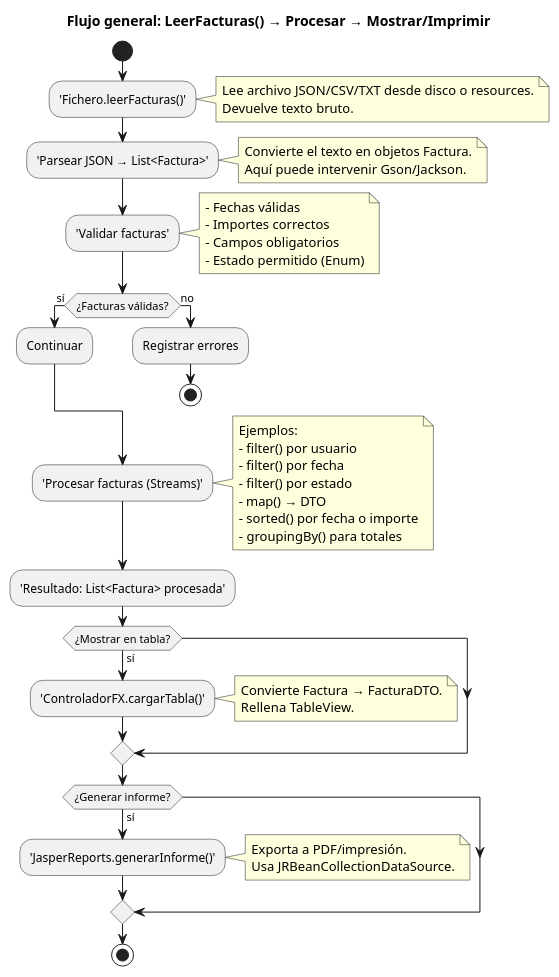
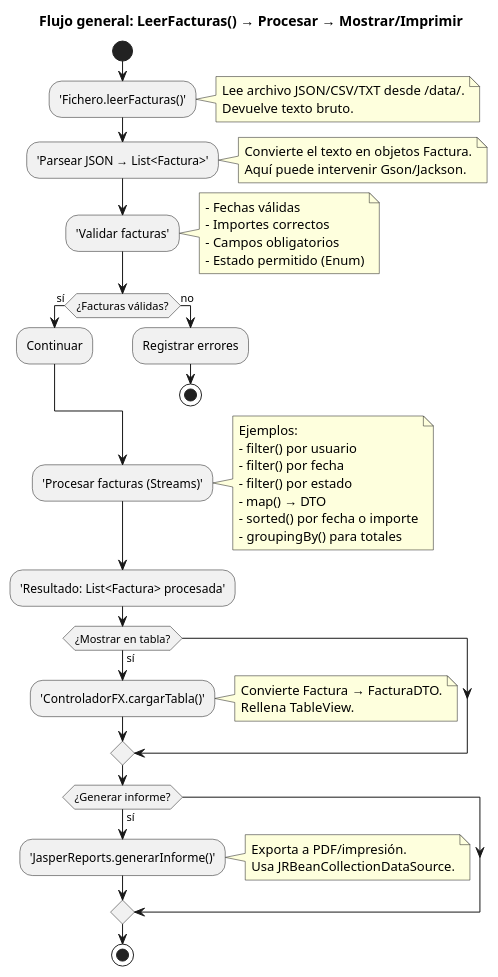
Before and after one commit to juan-seoane/Facturas_Sil_2026: the diagram in UML/FlujoFacturas.puml, drawn with PlantUML. The commit also changed 194 other files, not shown here.

```diff
--- a/UML/FlujoFacturas.puml
+++ b/UML/FlujoFacturas.puml
@@ -1,64 +1,64 @@
 @startuml
 title Flujo general: LeerFacturas() → Procesar → Mostrar/Imprimir
 
 start
 
 :'Fichero.leerFacturas()';
 note right
-  Lee archivo JSON/CSV/TXT desde disco o resources.
+  Lee archivo JSON/CSV/TXT desde /data/.
   Devuelve texto bruto.
 end note
 
 :'Parsear JSON → List<Factura>';
 note right
   Convierte el texto en objetos Factura.
   Aquí puede intervenir Gson/Jackson.
 end note
 
 :'Validar facturas';
 note right
   - Fechas válidas
   - Importes correctos
   - Campos obligatorios
   - Estado permitido (Enum)
 end note
 
 if (¿Facturas válidas?) then (sí)
   :Continuar;
 else (no)
   :Registrar errores;
   stop
 endif
 
 :'Procesar facturas (Streams)';
 note right
   Ejemplos:
   - filter() por usuario
   - filter() por fecha
   - filter() por estado
   - map() → DTO
   - sorted() por fecha o importe
   - groupingBy() para totales
 end note
 
 :'Resultado: List<Factura> procesada';
 
 if (¿Mostrar en tabla?) then (sí)
   :'ControladorFX.cargarTabla()';
   note right
     Convierte Factura → FacturaDTO.
     Rellena TableView.
   end note
 endif
 
 if (¿Generar informe?) then (sí)
   :'JasperReports.generarInforme()';
   note right
     Exporta a PDF/impresión.
     Usa JRBeanCollectionDataSource.
   end note
 endif
 
 stop
 
 @enduml
```
